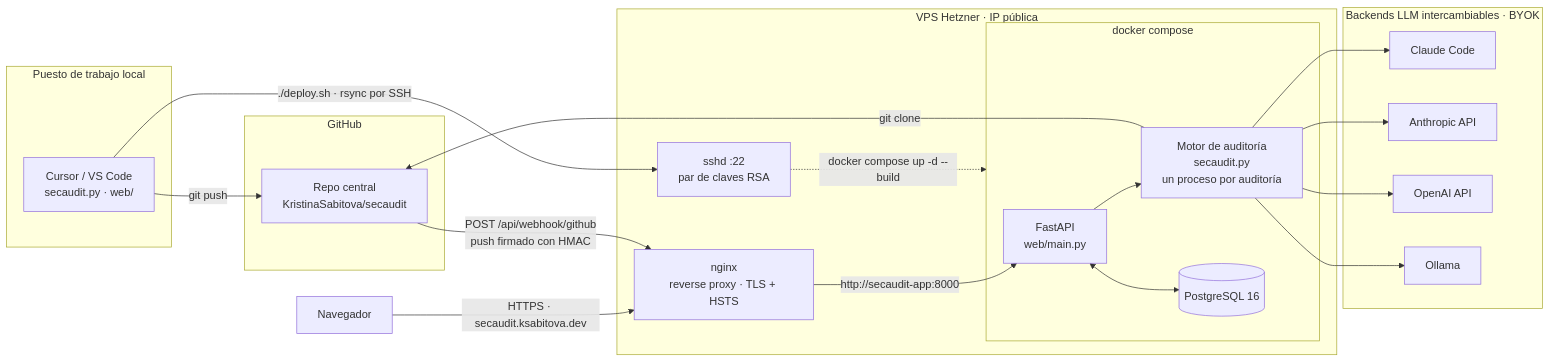
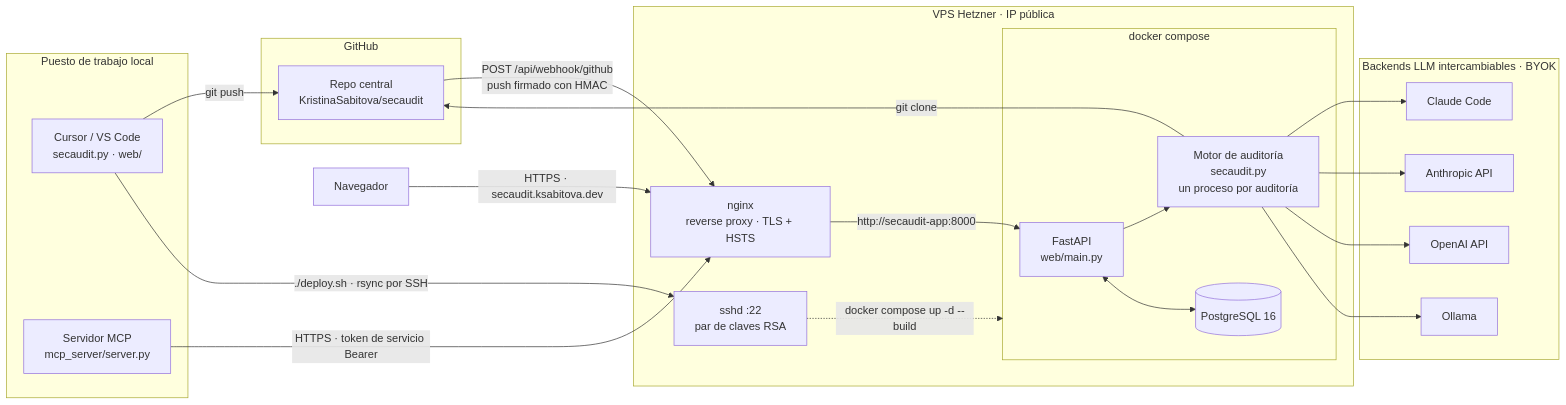
Before and after one commit to KristinaSabitova/secaudit: the diagram in README.es.md, drawn with Mermaid. The commit also changed other lines of this file and 9 other files, not shown here.

````diff
--- a/README.es.md
+++ b/README.es.md
@@ -232,45 +233,47 @@
 ```mermaid
 flowchart LR
     subgraph local["Puesto de trabajo local"]
         ide["Cursor / VS Code<br/>secaudit.py · web/"]
+        mcpsrv["Servidor MCP<br/>mcp_server/server.py"]
     end
 
     subgraph github["GitHub"]
         repo["Repo central<br/>KristinaSabitova/secaudit"]
     end
 
     browser["Navegador"]
 
     subgraph hetzner["VPS Hetzner · IP pública"]
         sshd["sshd :22<br/>par de claves RSA"]
         nginx["nginx<br/>reverse proxy · TLS + HSTS"]
         subgraph compose["docker compose"]
             api["FastAPI<br/>web/main.py"]
             engine["Motor de auditoría<br/>secaudit.py<br/>un proceso por auditoría"]
             pg[("PostgreSQL 16")]
         end
     end
 
     subgraph backends["Backends LLM intercambiables · BYOK"]
         cc["Claude Code"]
         anthropic["Anthropic API"]
         openai["OpenAI API"]
         ollama["Ollama"]
     end
 
     ide -->|"git push"| repo
     ide -->|"./deploy.sh · rsync por SSH"| sshd
     sshd -.->|"docker compose up -d --build"| compose
 
     browser -->|"HTTPS · secaudit.ksabitova.dev"| nginx
     repo -->|"POST /api/webhook/github<br/>push firmado con HMAC"| nginx
+    mcpsrv -->|"HTTPS · token de servicio Bearer"| nginx
 
     nginx -->|"http://secaudit-app:8000"| api
     api --> engine
     api <--> pg
     engine -->|"git clone"| repo
     engine --> cc
     engine --> anthropic
     engine --> openai
     engine --> ollama
 ```
````
